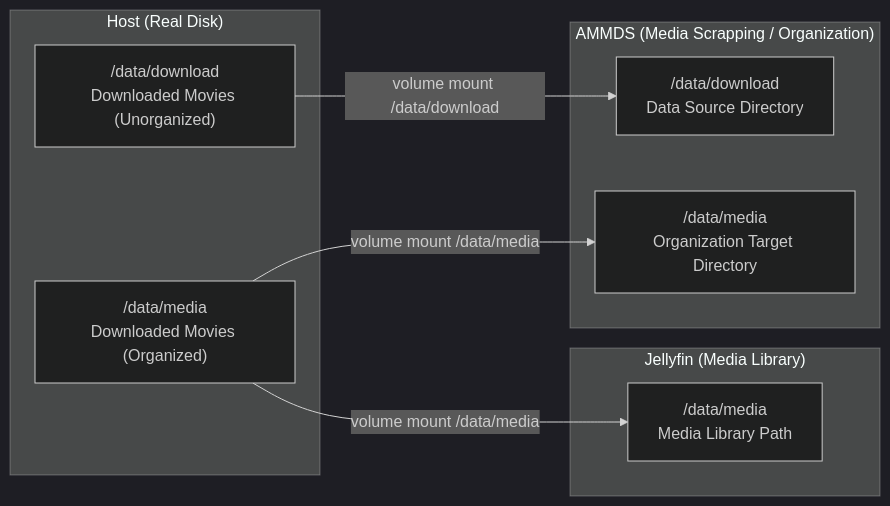
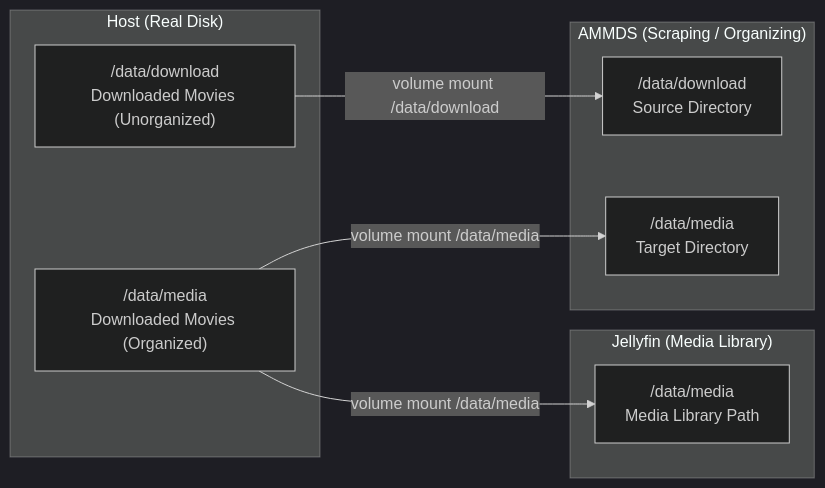
Before and after one commit to QYG2297248353/AMMDS-DOC: the second of 5 diagrams in i18n/en/docusaurus-plugin-content-docs/current/usage/Mount.md, drawn with Mermaid (dark theme). The commit also changed other lines of this file and 148 other files, not shown here.

````diff
--- a/i18n/en/docusaurus-plugin-content-docs/current/usage/Mount.md
+++ b/i18n/en/docusaurus-plugin-content-docs/current/usage/Mount.md
@@ -74,33 +76,33 @@
 ```mermaid
 flowchart LR
     %% =========================
-    %% Host (only facts retained)
+    %% Host
     %% =========================
     subgraph HOST["Host (Real Disk)"]
         D1["/data/download<br/>Downloaded Movies (Unorganized)"]
         D2["/data/media<br/>Downloaded Movies (Organized)"]
     end
 
     %% =========================
     %% AMMDS
     %% =========================
-    subgraph AMMDS["AMMDS (Media Scrapping / Organization)"]
-        A1["/data/download<br/>Data Source Directory"]
-        A2["/data/media<br/>Organization Target Directory"]
+    subgraph AMMDS["AMMDS (Scraping / Organizing)"]
+        A1["/data/download<br/>Source Directory"]
+        A2["/data/media<br/>Target Directory"]
     end
 
     %% =========================
     %% Jellyfin
     %% =========================
     subgraph JELLYFIN["Jellyfin (Media Library)"]
         J["/data/media<br/>Media Library Path"]
     end
 
     %% =========================
-    %% Mounting relationships (only necessary ones)
+    %% Mounting relationships
     %% =========================
     D1 -->|"volume mount /data/download"| A1
     D2 -->|"volume mount /data/media"| A2
     D2 -->|"volume mount /data/media"| J
 
 ```
````
